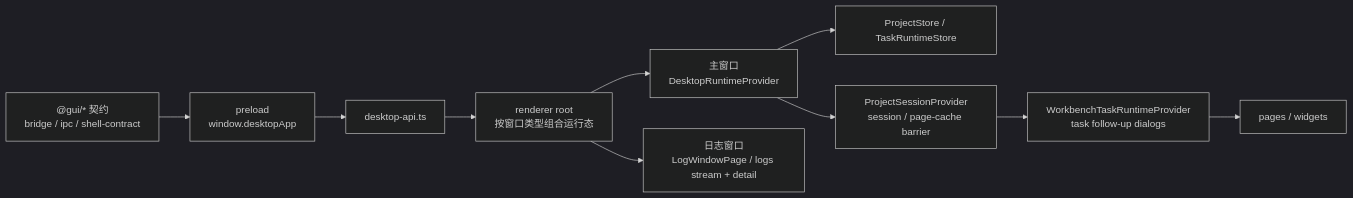
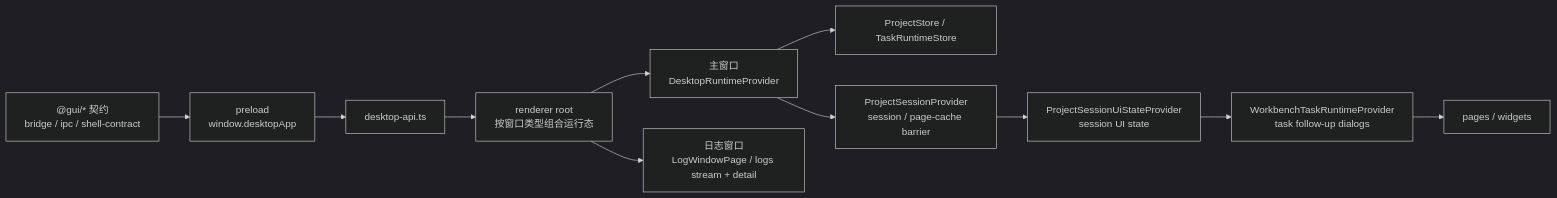
The diagram in docs/FRONTEND.md (neavo/LinguaGacha), drawn with Mermaid (dark theme) before and after one commit. The commit also changed other lines of this file and 35 other files, not shown here.

````diff
--- a/docs/FRONTEND.md
+++ b/docs/FRONTEND.md
@@ -7,12 +7,13 @@
 ```mermaid
 flowchart LR
   Contract["@gui/* 契约<br/>bridge / ipc / shell-contract"] --> Preload["preload<br/>window.desktopApp"]
   Preload --> API["desktop-api.ts"]
   API --> Root["renderer root<br/>按窗口类型组合运行态"]
   Root --> Runtime["主窗口<br/>DesktopRuntimeProvider"]
   Root --> Logs["日志窗口<br/>LogWindowPage / logs stream + detail"]
   Runtime --> Store["ProjectStore / TaskRuntimeStore"]
   Runtime --> Session["ProjectSessionProvider<br/>session / page-cache barrier"]
-  Session --> Followup["WorkbenchTaskRuntimeProvider<br/>task follow-up dialogs"]
+  Session --> SessionUiState["ProjectSessionUiStateProvider<br/>session UI state"]
+  SessionUiState --> Followup["WorkbenchTaskRuntimeProvider<br/>task follow-up dialogs"]
   Followup --> Pages["pages / widgets"]
 ```
````
